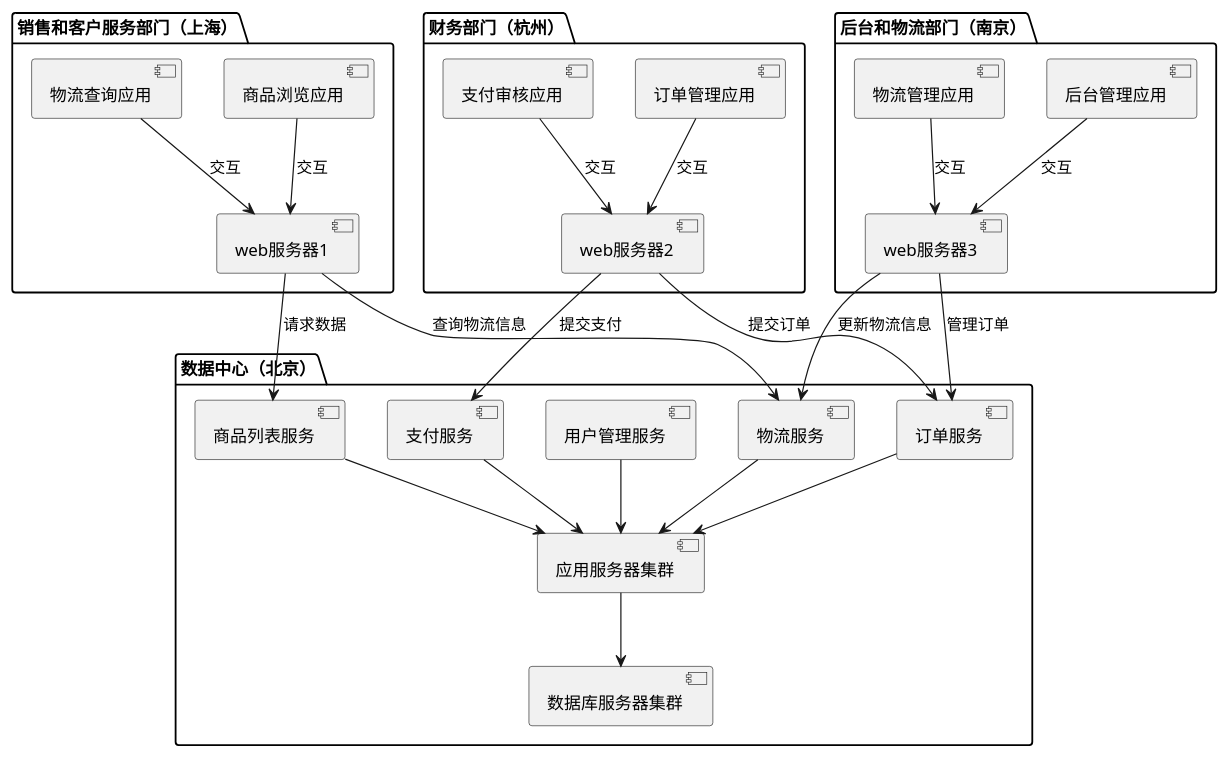
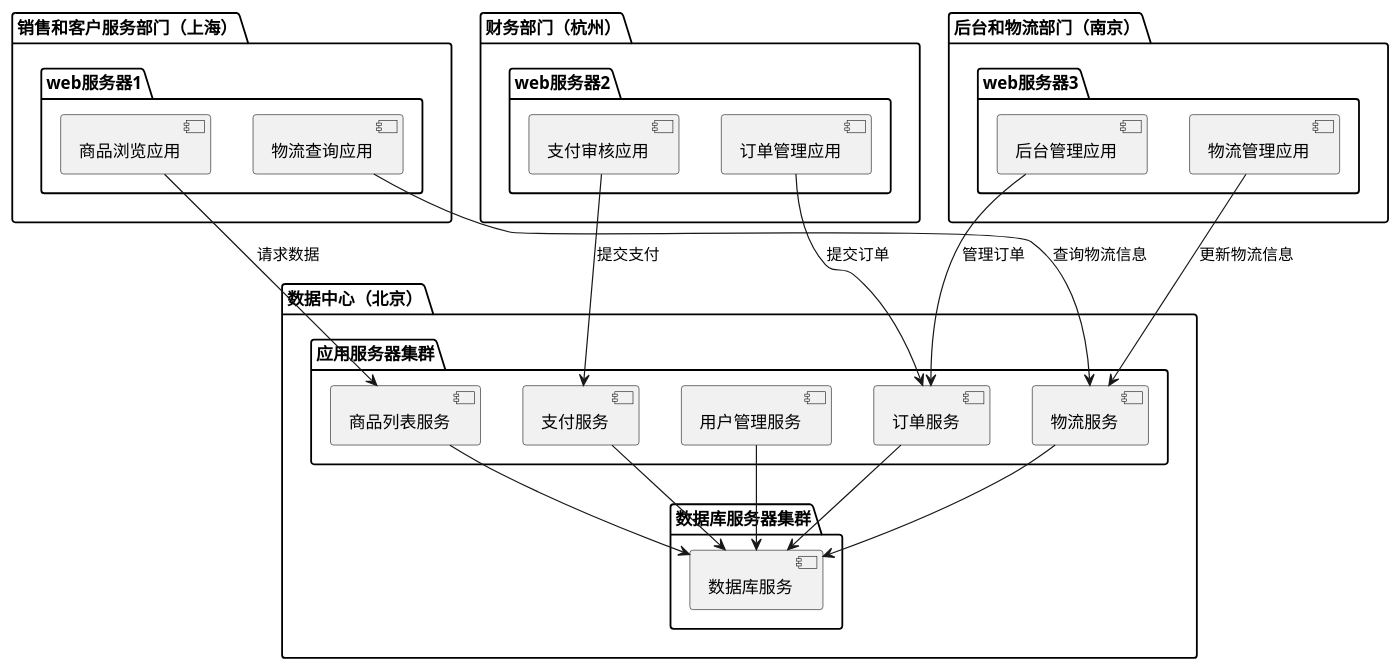
The diagram in 技术架构-环境和位置图.puml (fuyipingwml/planttext), drawn with PlantUML before and after one commit. The commit also changed 2 other files, not shown here.

```diff
--- a/技术架构-环境和位置图.puml
+++ b/技术架构-环境和位置图.puml
@@ -1,39 +1,53 @@
 @startuml
 
+
+
 package "数据中心（北京）" {
-  [应用服务器集群]
-  [数据库服务器集群]
   
-  [商品列表服务] --> [应用服务器集群]
-  [支付服务] --> [应用服务器集群]
-  [用户管理服务] --> [应用服务器集群]
-  [订单服务] --> [应用服务器集群]
-  [物流服务] --> [应用服务器集群]
-  [应用服务器集群] --> [数据库服务器集群]
+   package "应用服务器集群" as a1 {
+ 
+    [商品列表服务] 
+    [支付服务] 
+    [用户管理服务] 
+    [订单服务] 
+    [物流服务] 
+  
+  }
+   package "数据库服务器集群" as a2 {
+     [数据库服务] 
+   }
 }
 
+
+
+[商品列表服务] --> [数据库服务] 
+   [支付服务]  --> [数据库服务] 
+    [用户管理服务]   --> [数据库服务] 
+   [订单服务]   -->[数据库服务] 
+   [物流服务]   --> [数据库服务] 
+
 package "销售和客户服务部门（上海）" {
-  [web服务器1]
-  [商品浏览应用] --> [web服务器1] : 交互
-  [web服务器1] --> [商品列表服务] : 请求数据
-  [物流查询应用] --> [web服务器1] : 交互
-  [web服务器1] --> [物流服务] : 查询物流信息
+  package "web服务器1" {
+  [商品浏览应用] --> [商品列表服务] : 请求数据
+  [物流查询应用] --> [物流服务] : 查询物流信息
+  
+  }
 }
 
 package "财务部门（杭州）" {
-  [web服务器2]
-  [订单管理应用] --> [web服务器2] : 交互
-  [web服务器2] --> [订单服务] : 提交订单
-  [支付审核应用] --> [web服务器2] : 交互
-  [web服务器2] --> [支付服务] : 提交支付
+  package web服务器2 {
+  [订单管理应用] -->[订单服务] : 提交订单 
+  [支付审核应用] --> [支付服务] : 提交支付
+  
+  }
 }
 
 package "后台和物流部门（南京）" {
-  [web服务器3]
-  [后台管理应用] --> [web服务器3] : 交互
-  [web服务器3] --> [订单服务] : 管理订单
-  [物流管理应用] --> [web服务器3] : 交互
-  [web服务器3] --> [物流服务] : 更新物流信息
+  package web服务器3 {
+  [后台管理应用] --> [订单服务] : 管理订单
+  [物流管理应用] --> [物流服务] : 更新物流信息
+  
+  }
 }
 
 @enduml
```
